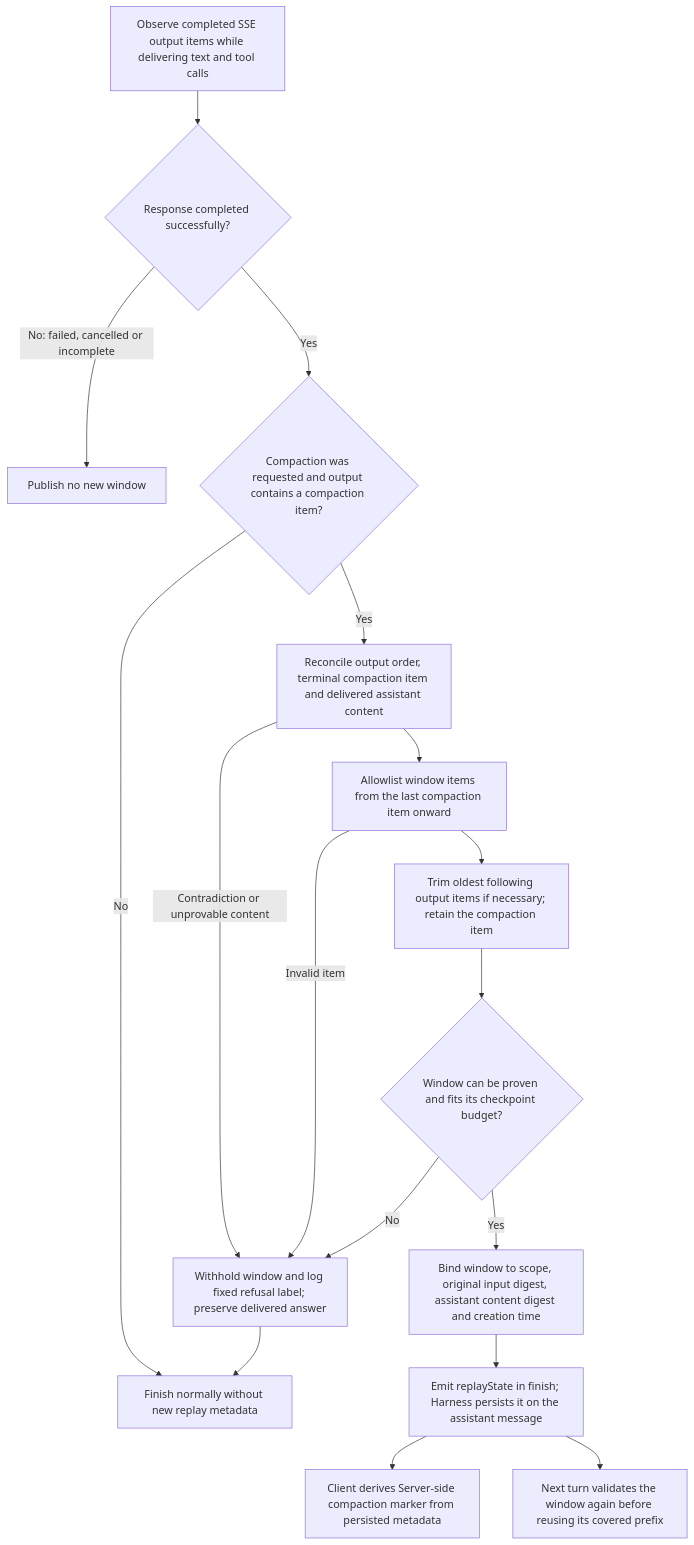
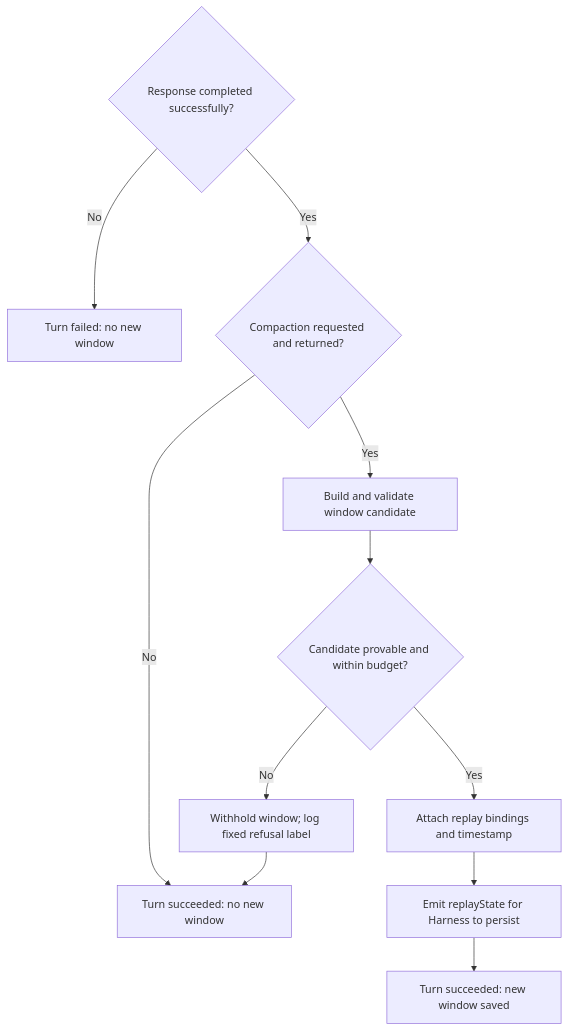
Before and after one commit to sakusaku-rich/dsh-codex-subscription-bridge: the third of 3 diagrams in docs/COMPACTION.md, drawn with Mermaid. The commit also changed other lines of this file, not shown here.

Commit message:
docs: clarify compaction flowchart decisions and outcomes

````diff
--- a/docs/COMPACTION.md
+++ b/docs/COMPACTION.md
@@ -64,19 +94,14 @@
 ```mermaid
 flowchart TD
-    Events["Observe completed SSE output items while delivering text and tool calls"] --> Completed{"Response completed successfully?"}
-    Completed -->|No: failed, cancelled or incomplete| NoWindow["Publish no new window"]
-    Completed -->|Yes| Compact{"Compaction was requested and output contains a compaction item?"}
-    Compact -->|No| Finish["Finish normally without new replay metadata"]
-    Compact -->|Yes| Prove["Reconcile output order, terminal compaction item and delivered assistant content"]
-    Prove --> Normalize["Allowlist window items from the last compaction item onward"]
-    Normalize --> Bound["Trim oldest following output items if necessary; retain the compaction item"]
-    Bound --> Valid{"Window can be proven and fits its checkpoint budget?"}
-    Prove -->|Contradiction or unprovable content| Refuse["Withhold window and log fixed refusal label; preserve delivered answer"]
-    Normalize -->|Invalid item| Refuse
-    Valid -->|No| Refuse
-    Refuse --> Finish
-    Valid -->|Yes| Bind["Bind window to scope, original input digest, assistant content digest and creation time"]
-    Bind --> Publish["Emit replayState in finish; Harness persists it on the assistant message"]
-    Publish --> Marker["Client derives Server-side compaction marker from persisted metadata"]
-    Publish --> Next["Next turn validates the window again before reusing its covered prefix"]
+    Response{"Response completed successfully?"}
+    Response -->|No| Failed["Turn failed: no new window"]
+    Response -->|Yes| Compact{"Compaction requested and returned?"}
+    Compact -->|No| Unchanged["Turn succeeded: no new window"]
+    Compact -->|Yes| Build["Build and validate window candidate"]
+    Build --> Valid{"Candidate provable and within budget?"}
+    Valid -->|No| Refuse["Withhold window; log fixed refusal label"]
+    Refuse --> Unchanged
+    Valid -->|Yes| Bind["Attach replay bindings and timestamp"]
+    Bind --> Save["Emit replayState for Harness to persist"]
+    Save --> Saved["Turn succeeded: new window saved"]
 ```
````
